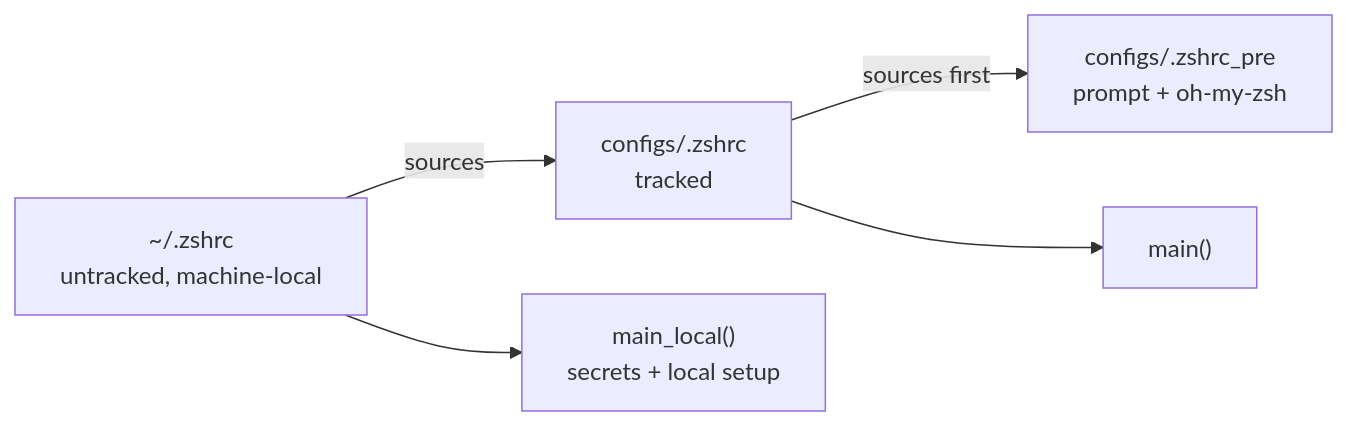
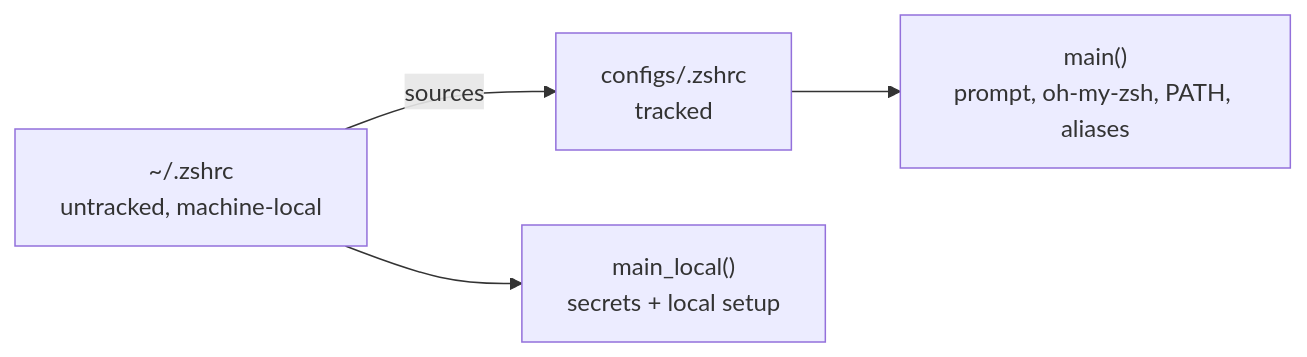
One commit to san-siva/dotfiles changed the diagram in README.md. Above: the diagram before and after it, drawn with Mermaid. The commit also changed other lines of this file and 2 other files, not shown here.

First line of the commit message:
refactor(zsh): merge .zshrc_pre into .zshrc and drop copilot aliases

````diff
--- a/README.md
+++ b/README.md
@@ -252,7 +252,6 @@
 ```mermaid
 graph LR
   A["~/.zshrc<br/>untracked, machine-local"] -->|sources| B["configs/.zshrc<br/>tracked"]
-  B -->|sources first| C["configs/.zshrc_pre<br/>prompt + oh-my-zsh"]
-  B --> D["main()"]
-  A --> E["main_local()<br/>secrets + local setup"]
+  B --> C["main()<br/>prompt, oh-my-zsh, PATH, aliases"]
+  A --> D["main_local()<br/>secrets + local setup"]
 ```
````
